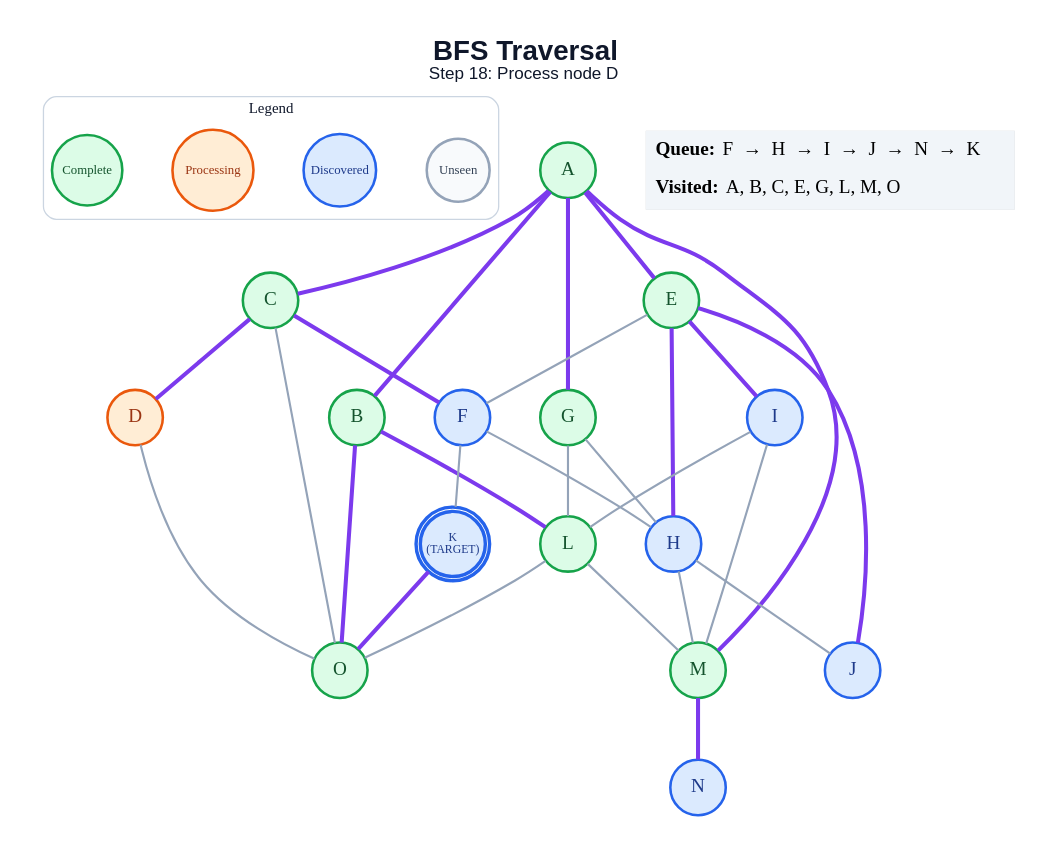
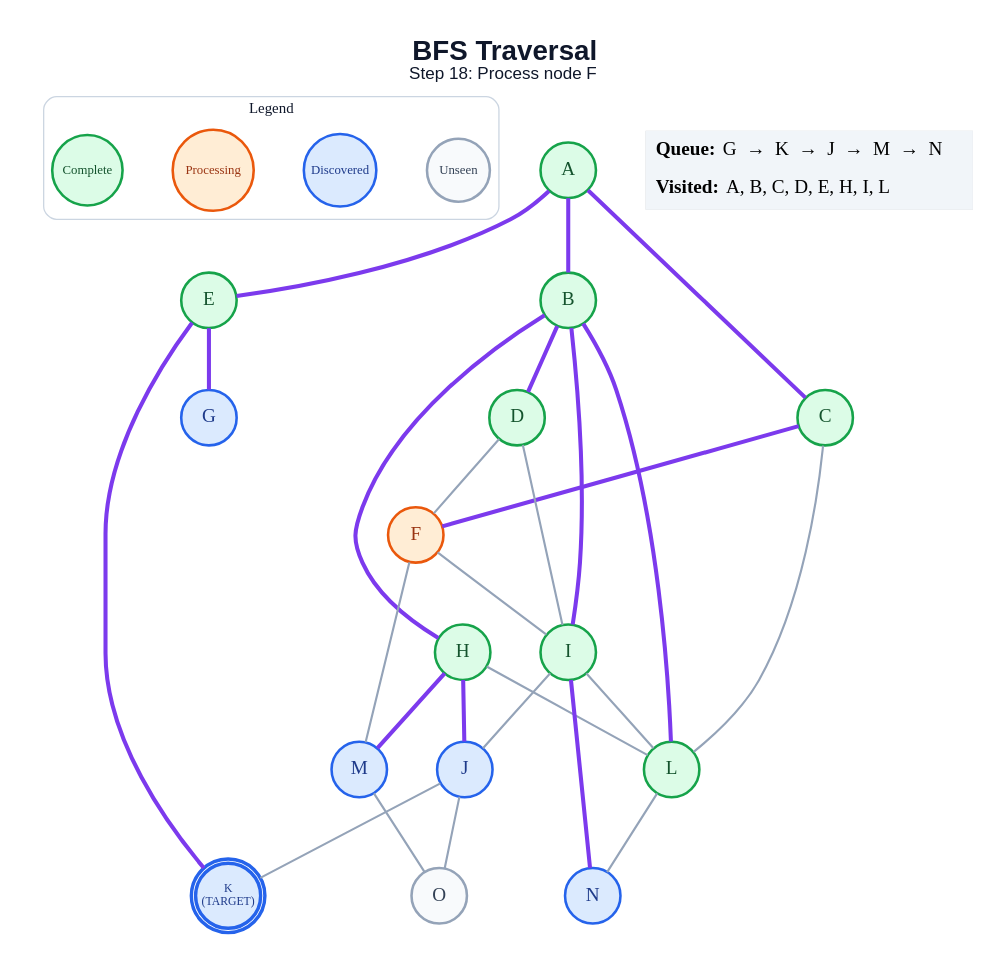
Before and after one commit to anon7238593-create/ai-slop: the diagram in generated/bfs/step_18.dot, drawn with Graphviz. The commit also changed 277 other files, not shown here.

```diff
--- a/generated/bfs/step_18.dot
+++ b/generated/bfs/step_18.dot
@@ -1,61 +1,59 @@
 graph traversal {
   graph [layout=dot, rankdir=TB, bgcolor="#FFFFFF", pad="0.35", nodesep="0.65", ranksep="0.8", fontname="Arial"];
   node [shape=circle, style="filled", fontname="Arial Bold", fontsize=18, width=0.72, fixedsize=true, penwidth=2.4];
   edge [color="#94A3B8", penwidth=2.0];
-  label=<<B>BFS Traversal</B><BR/><FONT POINT-SIZE="16">Step 18: Process node D</FONT>>; labelloc="t"; fontsize=26; fontname="Arial"; fontcolor="#0F172A";
+  label=<<B>BFS Traversal</B><BR/><FONT POINT-SIZE="16">Step 18: Process node F</FONT>>; labelloc="t"; fontsize=26; fontname="Arial"; fontcolor="#0F172A";
   subgraph cluster_legend { label="Legend"; color="#CBD5E1"; penwidth=1.2; style="rounded"; fontsize=14; fontname="Arial Bold";
     key_unseen [label="Unseen", fillcolor="#F8FAFC", color="#94A3B8", fontcolor="#334155", fontsize=12, width=0.82];
     key_frontier [label="Discovered", fillcolor="#DBEAFE", color="#2563EB", fontcolor="#1E3A8A", fontsize=12, width=0.95];
     key_current [label="Processing", fillcolor="#FFEDD5", color="#EA580C", fontcolor="#9A3412", fontsize=12, width=1.05];
     key_done [label="Complete", fillcolor="#DCFCE7", color="#16A34A", fontcolor="#14532D", fontsize=12, width=0.92];
     { rank=same; key_unseen; key_frontier; key_current; key_done; }
   }
   A [label="A", fillcolor="#DCFCE7", color="#16A34A", fontcolor="#14532D", peripheries=1, penwidth=2.4];
   B [label="B", fillcolor="#DCFCE7", color="#16A34A", fontcolor="#14532D", peripheries=1, penwidth=2.4];
   C [label="C", fillcolor="#DCFCE7", color="#16A34A", fontcolor="#14532D", peripheries=1, penwidth=2.4];
-  D [label="D", fillcolor="#FFEDD5", color="#EA580C", fontcolor="#9A3412", peripheries=1, penwidth=2.4];
+  D [label="D", fillcolor="#DCFCE7", color="#16A34A", fontcolor="#14532D", peripheries=1, penwidth=2.4];
   E [label="E", fillcolor="#DCFCE7", color="#16A34A", fontcolor="#14532D", peripheries=1, penwidth=2.4];
-  F [label="F", fillcolor="#DBEAFE", color="#2563EB", fontcolor="#1E3A8A", peripheries=1, penwidth=2.4];
-  G [label="G", fillcolor="#DCFCE7", color="#16A34A", fontcolor="#14532D", peripheries=1, penwidth=2.4];
-  H [label="H", fillcolor="#DBEAFE", color="#2563EB", fontcolor="#1E3A8A", peripheries=1, penwidth=2.4];
-  I [label="I", fillcolor="#DBEAFE", color="#2563EB", fontcolor="#1E3A8A", peripheries=1, penwidth=2.4];
+  F [label="F", fillcolor="#FFEDD5", color="#EA580C", fontcolor="#9A3412", peripheries=1, penwidth=2.4];
+  G [label="G", fillcolor="#DBEAFE", color="#2563EB", fontcolor="#1E3A8A", peripheries=1, penwidth=2.4];
+  H [label="H", fillcolor="#DCFCE7", color="#16A34A", fontcolor="#14532D", peripheries=1, penwidth=2.4];
+  I [label="I", fillcolor="#DCFCE7", color="#16A34A", fontcolor="#14532D", peripheries=1, penwidth=2.4];
   J [label="J", fillcolor="#DBEAFE", color="#2563EB", fontcolor="#1E3A8A", peripheries=1, penwidth=2.4];
   K [label="K\n(TARGET)", fillcolor="#DBEAFE", color="#2563EB", fontcolor="#1E3A8A", peripheries=2, penwidth=3.2, fontsize=11, width=0.85, height=0.85];
   L [label="L", fillcolor="#DCFCE7", color="#16A34A", fontcolor="#14532D", peripheries=1, penwidth=2.4];
-  M [label="M", fillcolor="#DCFCE7", color="#16A34A", fontcolor="#14532D", peripheries=1, penwidth=2.4];
+  M [label="M", fillcolor="#DBEAFE", color="#2563EB", fontcolor="#1E3A8A", peripheries=1, penwidth=2.4];
   N [label="N", fillcolor="#DBEAFE", color="#2563EB", fontcolor="#1E3A8A", peripheries=1, penwidth=2.4];
-  O [label="O", fillcolor="#DCFCE7", color="#16A34A", fontcolor="#14532D", peripheries=1, penwidth=2.4];
+  O [label="O", fillcolor="#F8FAFC", color="#94A3B8", fontcolor="#334155", peripheries=1, penwidth=2.4];
   A -- B [color="#7C3AED", penwidth=3.8];
   A -- C [color="#7C3AED", penwidth=3.8];
   A -- E [color="#7C3AED", penwidth=3.8];
-  A -- G [color="#7C3AED", penwidth=3.8];
-  A -- M [color="#7C3AED", penwidth=3.8];
+  B -- D [color="#7C3AED", penwidth=3.8];
+  B -- H [color="#7C3AED", penwidth=3.8];
+  B -- I [color="#7C3AED", penwidth=3.8];
   B -- L [color="#7C3AED", penwidth=3.8];
-  B -- O [color="#7C3AED", penwidth=3.8];
-  C -- D [color="#7C3AED", penwidth=3.8];
   C -- F [color="#7C3AED", penwidth=3.8];
-  C -- O;
-  D -- O;
-  E -- F;
-  E -- H [color="#7C3AED", penwidth=3.8];
-  E -- I [color="#7C3AED", penwidth=3.8];
-  E -- J [color="#7C3AED", penwidth=3.8];
-  F -- H;
-  F -- K;
-  G -- H;
-  G -- L;
-  H -- J;
-  H -- M;
+  C -- L;
+  D -- F;
+  D -- I;
+  E -- G [color="#7C3AED", penwidth=3.8];
+  E -- K [color="#7C3AED", penwidth=3.8];
+  F -- I;
+  F -- M;
+  H -- J [color="#7C3AED", penwidth=3.8];
+  H -- L;
+  H -- M [color="#7C3AED", penwidth=3.8];
+  I -- J;
   I -- L;
-  I -- M;
-  K -- O [color="#7C3AED", penwidth=3.8];
-  L -- M;
-  L -- O;
-  M -- N [color="#7C3AED", penwidth=3.8];
+  I -- N [color="#7C3AED", penwidth=3.8];
+  J -- K;
+  J -- O;
+  L -- N;
+  M -- O;
   status [shape=plain, fixedsize=false, width=0, height=0, margin=0, label=<
     <TABLE BORDER="0" CELLBORDER="0" CELLPADDING="7" BGCOLOR="#F1F5F9">
-      <TR><TD ALIGN="LEFT"><B>Queue:</B> F  →  H  →  I  →  J  →  N  →  K</TD></TR>
-      <TR><TD ALIGN="LEFT"><B>Visited:</B> A, B, C, E, G, L, M, O</TD></TR>
+      <TR><TD ALIGN="LEFT"><B>Queue:</B> G  →  K  →  J  →  M  →  N</TD></TR>
+      <TR><TD ALIGN="LEFT"><B>Visited:</B> A, B, C, D, E, H, I, L</TD></TR>
     </TABLE>
   >];
 }
```
